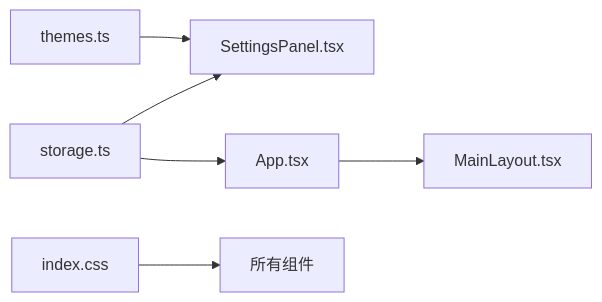
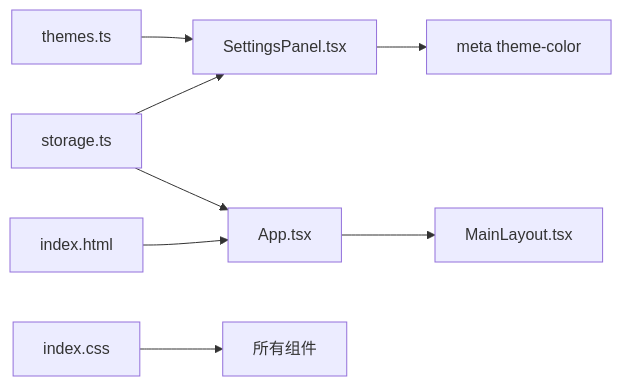
The fourth of 5 diagrams in .qoder/repowiki/zh/content/配置管理/主题配置系统.md (billye220670/AIShop), drawn with Mermaid before and after one commit. The commit also changed other lines of this file and 44 other files, not shown here.

````diff
--- a/.qoder/repowiki/zh/content/配置管理/主题配置系统.md
+++ b/.qoder/repowiki/zh/content/配置管理/主题配置系统.md
@@ -173,8 +215,10 @@
 ```mermaid
 graph LR
 Themes["themes.ts"] --> Settings["SettingsPanel.tsx"]
 Storage["storage.ts"] --> Settings
 Storage --> App["App.tsx"]
+HTML["index.html"] --> App
 CSS["index.css"] --> All["所有组件"]
 App --> Layout["MainLayout.tsx"]
+Settings --> Meta["meta theme-color"]
 ```
````
